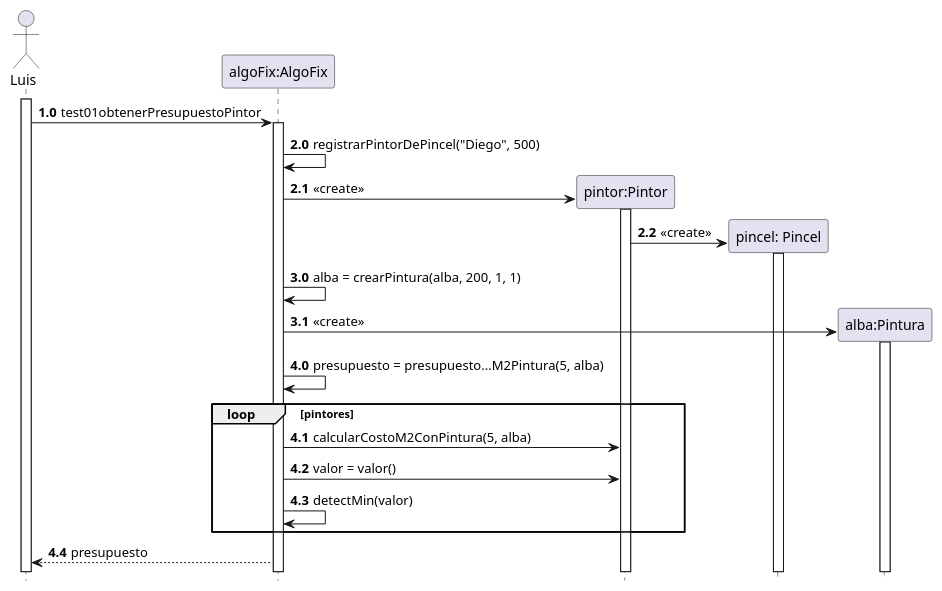
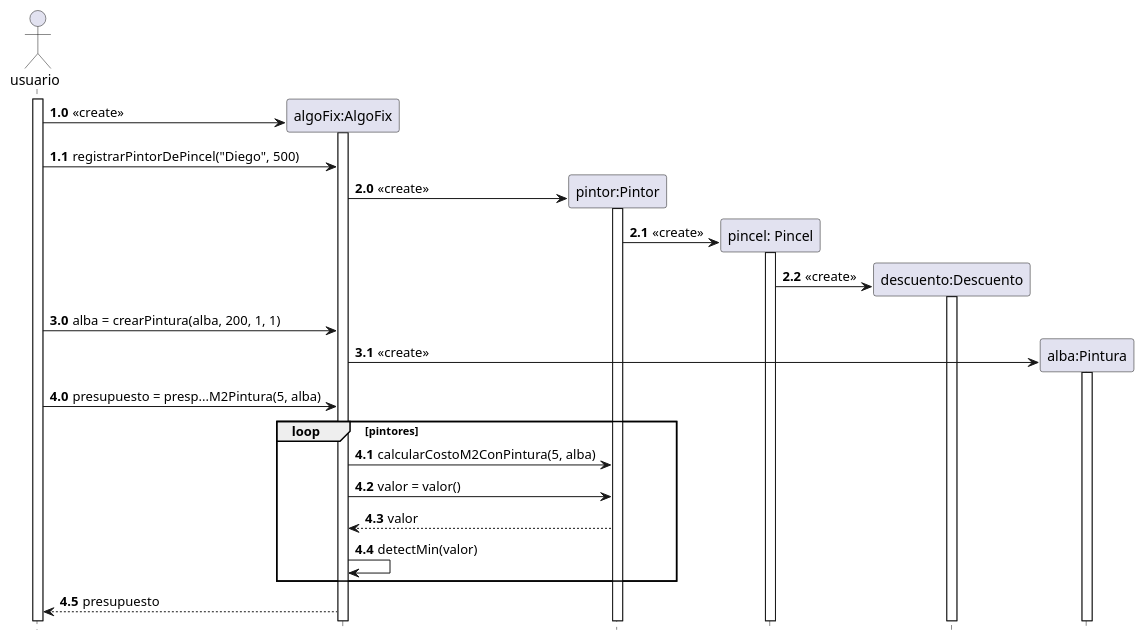
The diagram in TP1/Documentacion/diagramas/Diagrama_Secuenciales/Diagrama_Secencial01.wsd (LuisParedes1/C3_TPs), drawn with PlantUML before and after one commit. The commit also changed 47 other files, not shown here.

```diff
--- a/TP1/Documentacion/diagramas/Diagrama_Secuenciales/Diagrama_Secencial01.wsd
+++ b/TP1/Documentacion/diagramas/Diagrama_Secuenciales/Diagrama_Secencial01.wsd
@@ -1,40 +1,50 @@
-@startuml test01PresupuestoPintorUtilizaPincelConPinturaAlbaOfreceElMenorPresupuesto
+@startuml usuarioPresupuestoPintorUtilizaPincelConPinturaAlbaOfreceElMenorPresupuesto
     hide footbox
     skinparam classAttributeIconSize 0
    
+    actor usuario
+    activate usuario
+
     autonumber 1.0
-    actor Luis
-    activate Luis
-    Luis -> "algoFix:AlgoFix" as algoFix: test01obtenerPresupuestoPintor
+    create "algoFix:AlgoFix" as algoFix
+    usuario -> algoFix: << create >>
     activate algoFix
     
+    usuario -> "algoFix:AlgoFix" as algoFix: registrarPintorDePincel("Diego", 500)
+   
+    
     autonumber 2.0
-    algoFix -> algoFix: registrarPintorDePincel("Diego", 500)
 
     create "pintor:Pintor" as pintor
     algoFix -> pintor: << create >>
     activate pintor
 
     create "pincel: Pincel" as pincel
     pintor -> pincel: << create >>
     activate pincel
 
+    create "descuento:Descuento" as descuento
+    pincel -> descuento: << create >>
+    activate descuento
+
+
     autonumber 3.0
-    algoFix -> algoFix: alba = crearPintura(alba, 200, 1, 1)
+    usuario -> algoFix: alba = crearPintura(alba, 200, 1, 1)
 
     create "alba:Pintura" as alba
     algoFix -> alba: << create >>
     activate alba
 
     autonumber 4.0
-    algoFix -> algoFix: presupuesto = presupuesto...M2Pintura(5, alba)
+    usuario -> algoFix: presupuesto = presp...M2Pintura(5, alba)
 
     loop pintores
         algoFix -> pintor: calcularCostoM2ConPintura(5, alba)
         algoFix -> pintor: valor = valor()
+        pintor --> algoFix: valor
         algoFix -> algoFix: detectMin(valor)
     end 
 
-    algoFix --> Luis: presupuesto
+    algoFix --> usuario: presupuesto
 
 @enduml
```
